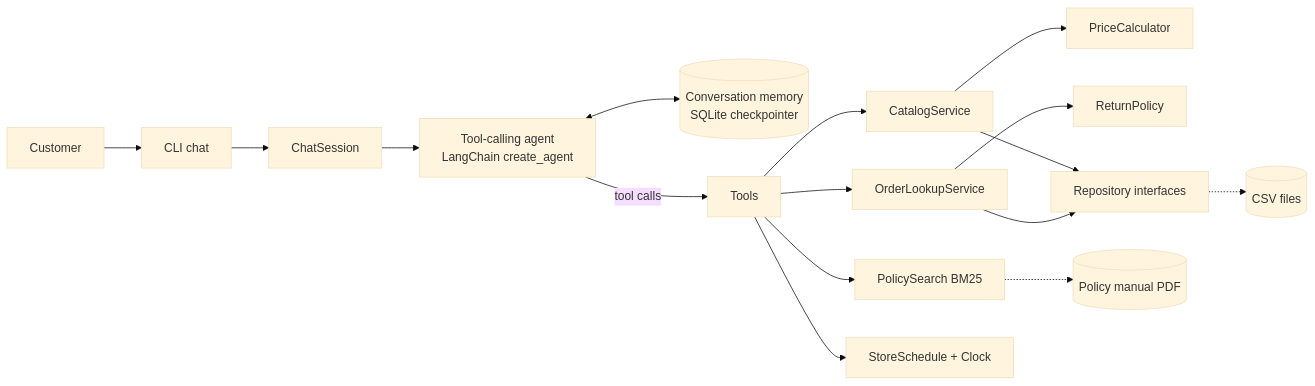
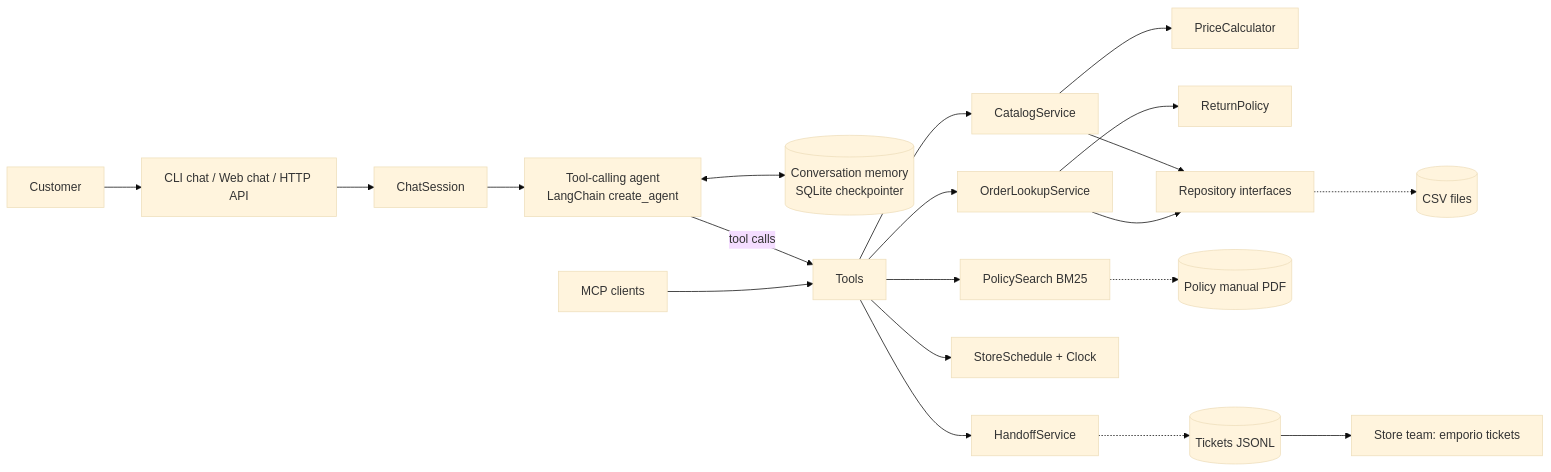
The diagram in README.md (yesi07111/IA-Engineer-Technical-Test), drawn with Mermaid (base theme) before and after one commit. The commit also changed other lines of this file, not shown here.

````diff
--- a/README.md
+++ b/README.md
@@ -101,17 +144,21 @@
 ```mermaid
 flowchart LR
-    C[Customer] --> CLI[CLI chat]
-    CLI --> S[ChatSession]
+    C[Customer] --> UI[CLI chat / Web chat / HTTP API]
+    UI --> S[ChatSession]
     S --> A[Tool-calling agent<br/>LangChain create_agent]
     A <--> M[(Conversation memory<br/>SQLite checkpointer)]
     A -- tool calls --> T[Tools]
+    MCP[MCP clients] --> T
     T --> CAT[CatalogService]
     T --> ORD[OrderLookupService]
     T --> POL[PolicySearch BM25]
     T --> SCH[StoreSchedule + Clock]
+    T --> HO[HandoffService]
     CAT --> PR[PriceCalculator]
     ORD --> RET[ReturnPolicy]
     CAT & ORD --> REPO[Repository interfaces]
     REPO -.-> CSV[(CSV files)]
     POL -.-> PDF[(Policy manual PDF)]
+    HO -.-> TK[(Tickets JSONL)]
+    TK --> TEAM[Store team: emporio tickets]
 ```
````
